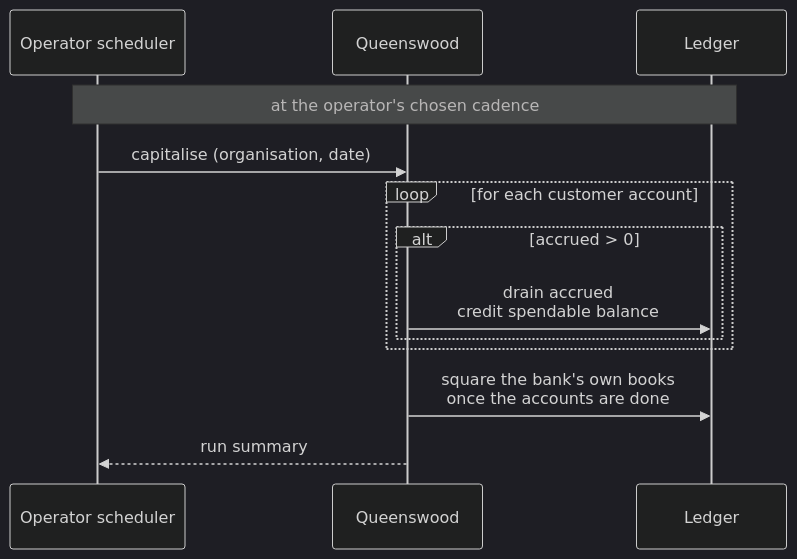
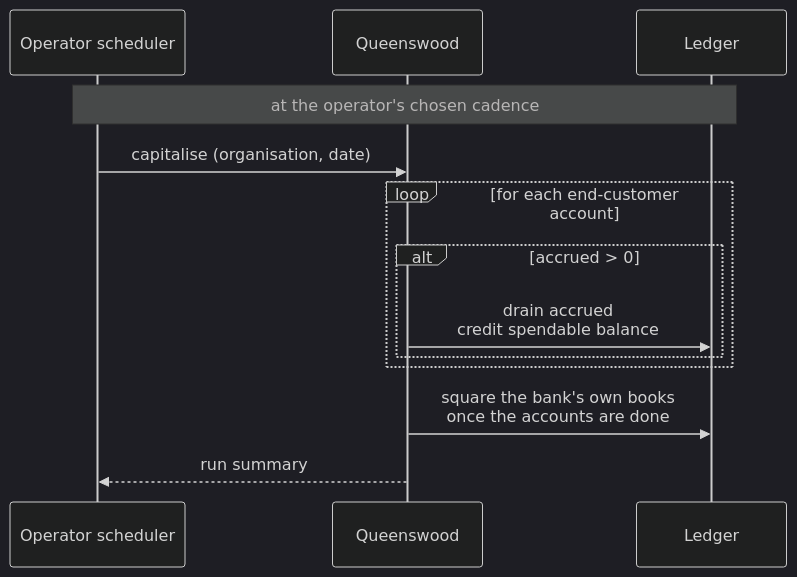
The second of 4 diagrams in docs/prd/interest.md (repldriven/queenswood), drawn with Mermaid (dark theme) before and after one commit. The commit also changed other lines of this file and 11 other files, not shown here.

````diff
--- a/docs/prd/interest.md
+++ b/docs/prd/interest.md
@@ -257,16 +258,16 @@
 ```mermaid
 sequenceDiagram
     participant Op as Operator scheduler
     participant Q as Queenswood
     participant L as Ledger
 
     Note over Op,L: at the operator's chosen cadence
     Op->>Q: capitalise (organisation, date)
-    loop for each customer account
+    loop for each end-customer account
         alt accrued > 0
             Q->>L: drain accrued<br/>credit spendable balance
         end
     end
     Q->>L: square the bank's own books<br/>once the accounts are done
     Q-->>Op: run summary
 ```
````
